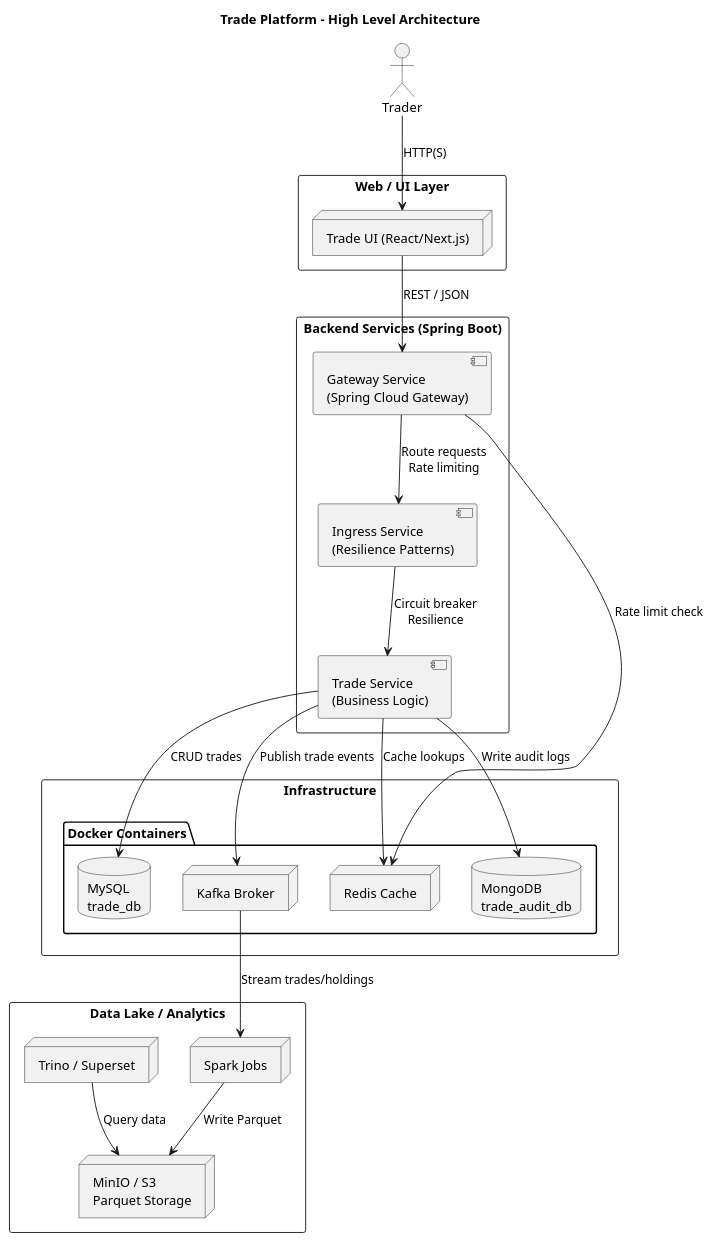
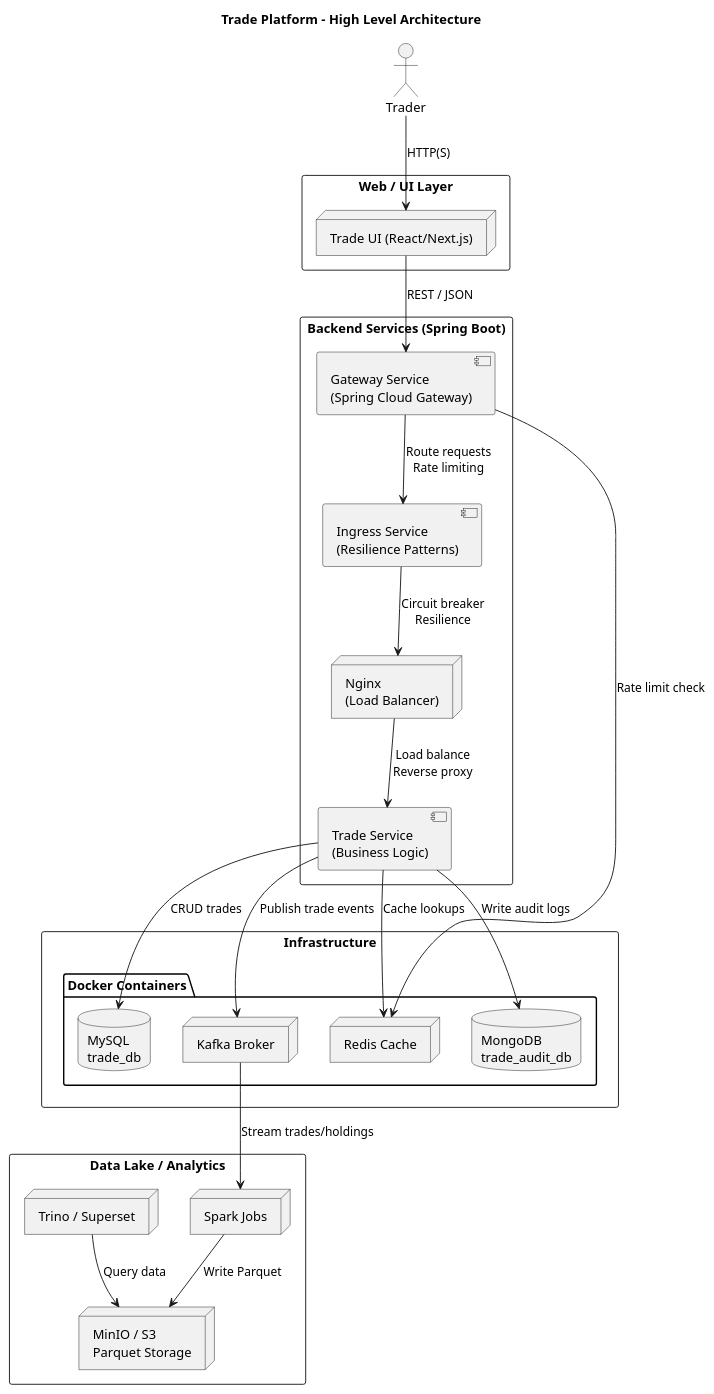
One commit to mukizonese/trade-platform changed the diagram in backend/diagrams/architecture-diagram.puml. Above: the diagram before and after it, drawn with PlantUML. The commit also changed 6 other files, not shown here.

Commit message:
PlantUML diagrams updated to NGINX proxy between Trade service

```diff
--- a/backend/diagrams/architecture-diagram.puml
+++ b/backend/diagrams/architecture-diagram.puml
@@ -1,37 +1,39 @@
 @startuml
 title Trade Platform - High Level Architecture
 actor Trader
 rectangle "Web / UI Layer" {
   node "Trade UI (React/Next.js)" as UI
 }
 rectangle "Backend Services (Spring Boot)" {
   component "Gateway Service\n(Spring Cloud Gateway)" as GatewaySvc
   component "Ingress Service\n(Resilience Patterns)" as IngressSvc
+  node "Nginx\n(Load Balancer)" as Nginx
   component "Trade Service\n(Business Logic)" as TradeSvc
 }
 rectangle "Infrastructure" {
   package "Docker Containers" {
     database "MySQL\ntrade_db" as MySQL
     node "Redis Cache" as Redis
     node "Kafka Broker" as Kafka
     database "MongoDB\ntrade_audit_db" as Mongo
   }
 }
 rectangle "Data Lake / Analytics" {
   node "Spark Jobs" as Spark
   node "MinIO / S3\nParquet Storage" as Minio
   node "Trino / Superset" as Trino
 }
 Trader --> UI: HTTP(S)
 UI --> GatewaySvc: REST / JSON
 GatewaySvc --> IngressSvc: Route requests\nRate limiting
-IngressSvc --> TradeSvc: Circuit breaker\nResilience
+IngressSvc --> Nginx: Circuit breaker\nResilience
+Nginx --> TradeSvc: Load balance\nReverse proxy
 TradeSvc --> MySQL : CRUD trades
 TradeSvc --> Redis : Cache lookups
 TradeSvc --> Kafka : Publish trade events
 TradeSvc --> Mongo : Write audit logs
 GatewaySvc --> Redis : Rate limit check
 Kafka --> Spark : Stream trades/holdings
 Spark --> Minio : Write Parquet
 Trino --> Minio : Query data
 @enduml
```
